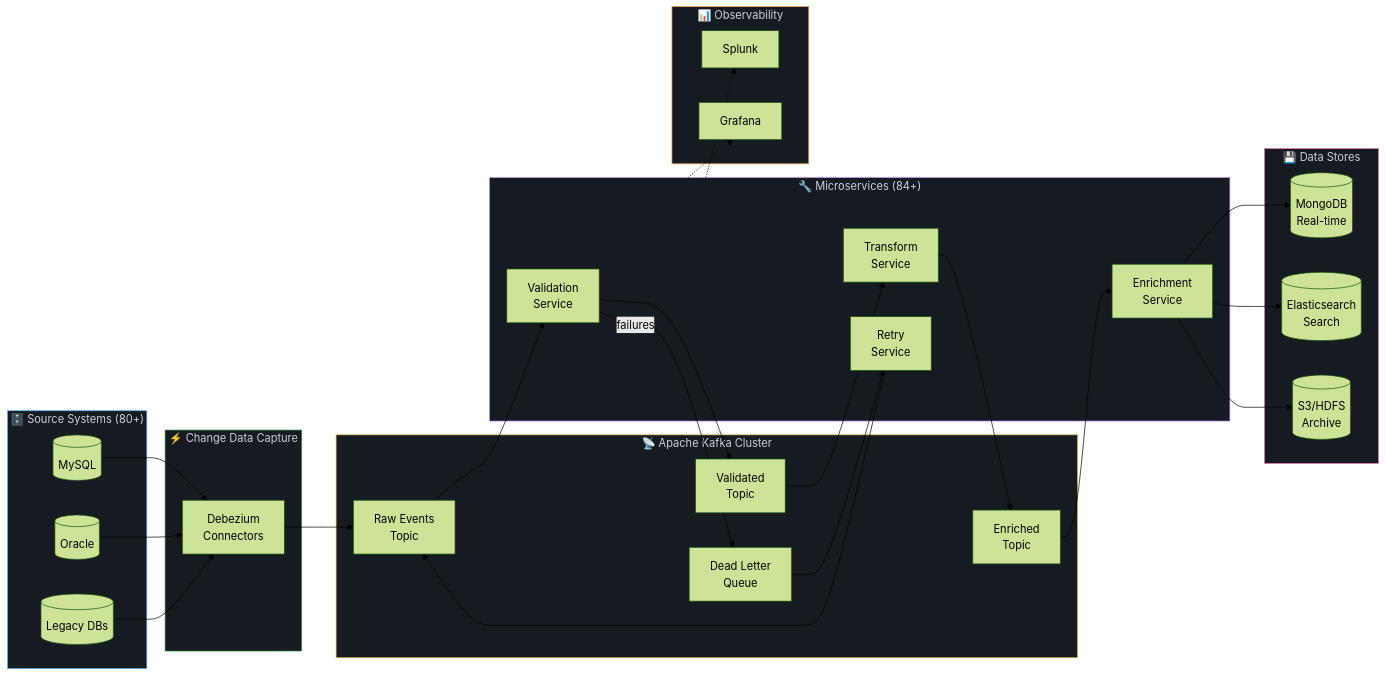
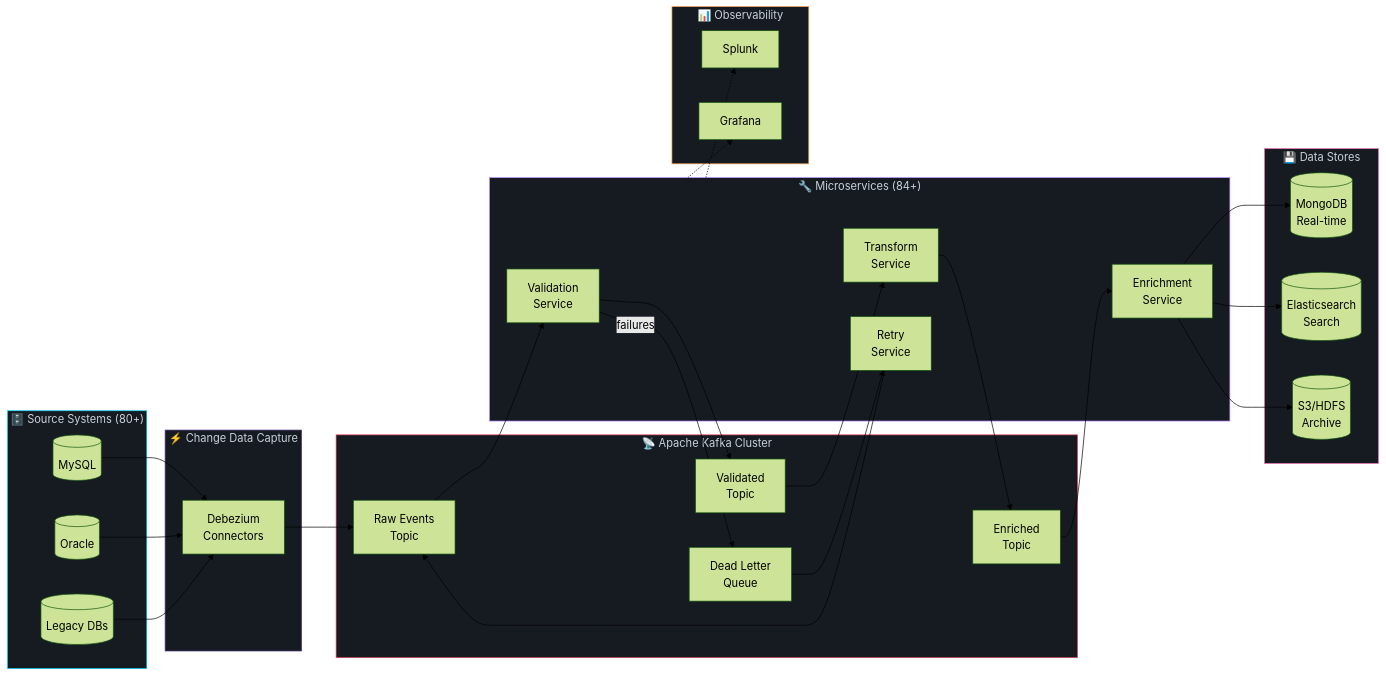
Before and after one commit to repulbehl/repulbehl: the first of 4 diagrams in README.md, drawn with Mermaid (forest theme). The commit also changed other lines of this file, not shown here.

````diff
--- a/README.md
+++ b/README.md
@@ -147,54 +165,54 @@
 ```mermaid
 flowchart LR
     subgraph Sources ["🗄️ Source Systems (80+)"]
         DB1[(MySQL)]
         DB2[(Oracle)]
         DB3[(Legacy DBs)]
     end
 
     subgraph CDC ["⚡ Change Data Capture"]
         DZ[Debezium\nConnectors]
     end
 
     subgraph Kafka ["📡 Apache Kafka Cluster"]
         T1[Raw Events\nTopic]
         T2[Validated\nTopic]
         T3[Enriched\nTopic]
         DLQ[Dead Letter\nQueue]
     end
 
     subgraph Services ["🔧 Microservices (84+)"]
         V[Validation\nService]
         T[Transform\nService]
         E[Enrichment\nService]
         R[Retry\nService]
     end
 
     subgraph Storage ["💾 Data Stores"]
         MDB[(MongoDB\nReal-time)]
         ES[(Elasticsearch\nSearch)]
         S3[(S3/HDFS\nArchive)]
     end
 
     subgraph Monitoring ["📊 Observability"]
         SP[Splunk]
         GF[Grafana]
     end
 
     DB1 & DB2 & DB3 --> DZ
     DZ --> T1
     T1 --> V --> T2
     T2 --> T --> T3
     T3 --> E
     E --> MDB & ES & S3
     V -- failures --> DLQ
     DLQ --> R --> T1
     Services -.-> SP & GF
 
-    style Sources fill:#161b22,stroke:#58a6ff,color:#c9d1d9
-    style CDC fill:#161b22,stroke:#238636,color:#c9d1d9
-    style Kafka fill:#161b22,stroke:#e3b341,color:#c9d1d9
+    style Sources fill:#161b22,stroke:#00d2ff,color:#c9d1d9
+    style CDC fill:#161b22,stroke:#533483,color:#c9d1d9
+    style Kafka fill:#161b22,stroke:#e94560,color:#c9d1d9
     style Services fill:#161b22,stroke:#bc8cff,color:#c9d1d9
     style Storage fill:#161b22,stroke:#f778ba,color:#c9d1d9
     style Monitoring fill:#161b22,stroke:#ffa657,color:#c9d1d9
 ```
````
